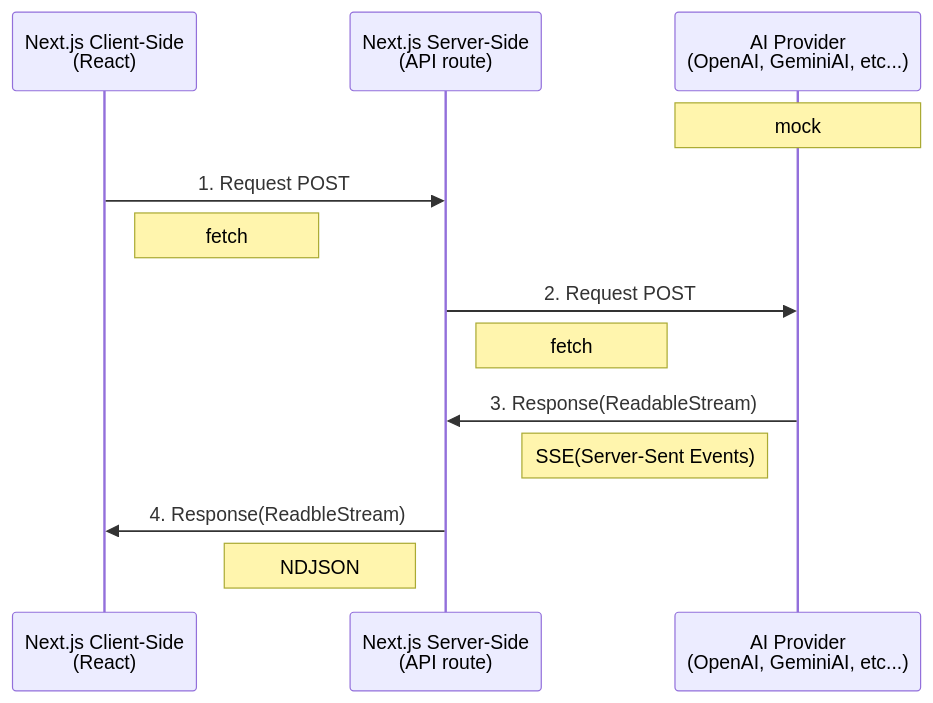
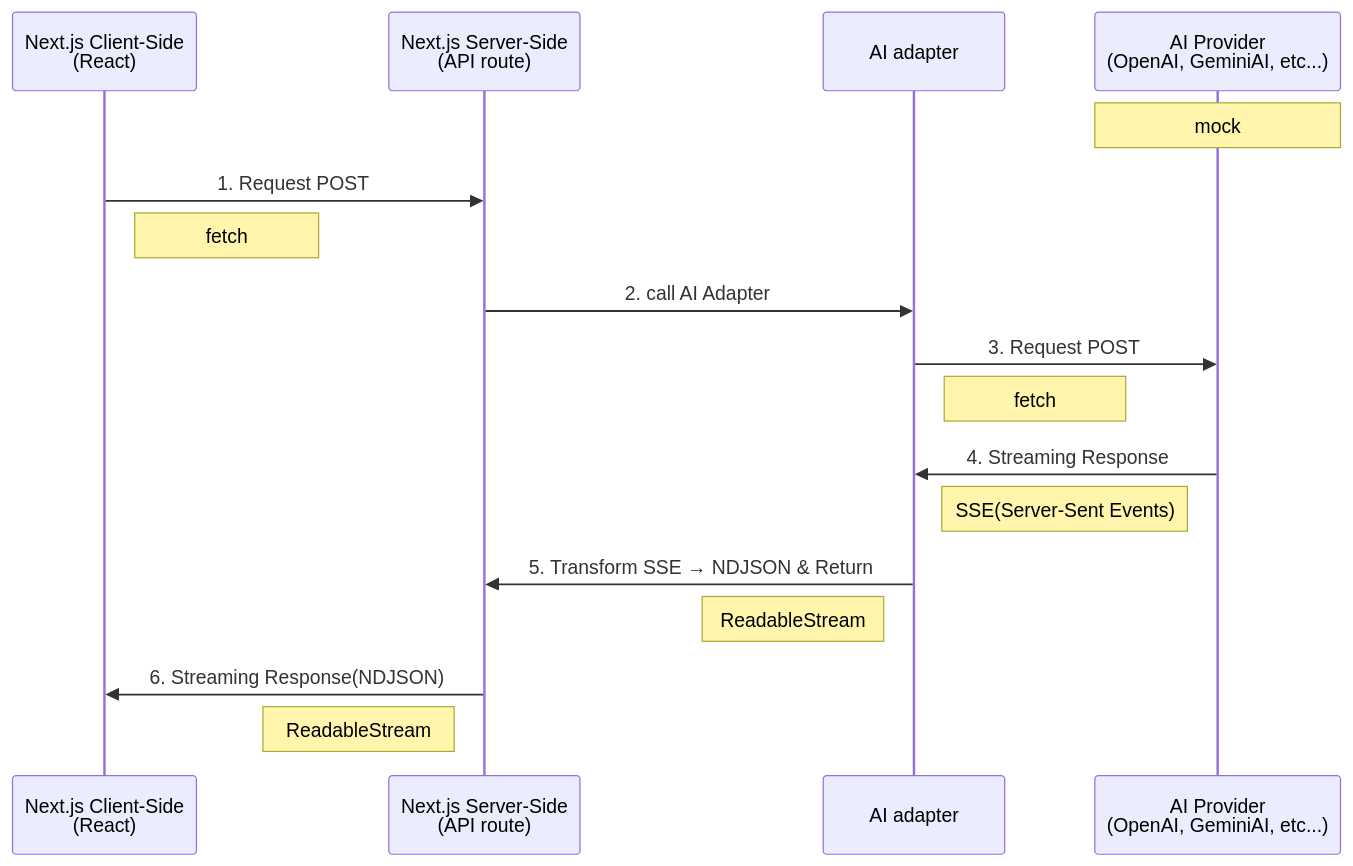
The diagram in _docs/memo.md (sudo-yoko/portfolio-nextjs), drawn with Mermaid before and after one commit.

````diff
--- a/_docs/memo.md
+++ b/_docs/memo.md
@@ -1,18 +1,27 @@
  ```mermaid
 
 sequenceDiagram
 participant C as Next.js Client-Side<br>(React)
 participant S as Next.js Server-Side<br>(API route)
+participant AD as AI adapter
 participant A as AI Provider<br>(OpenAI, GeminiAI, etc...)
 Note over A: mock
 
 C->>S: 1. Request POST
 Note right of C: fetch
-S->>A: 2. Request POST
-Note Right of S: fetch
-A->>S: 3. Response(ReadableStream)
+
+S->>AD: 2. call AI Adapter
+
+AD->>A: 3. Request POST
+Note Right of AD: fetch
+
+A->>AD: 4. Streaming Response
 Note left of A: SSE(Server-Sent Events)
-S->>C: 4. Response(ReadbleStream)
-Note left of S: NDJSON
+
+AD->>S: 5. Transform SSE → NDJSON & Return
+Note left of AD: ReadableStream
+
+S->>C: 6. Streaming Response(NDJSON)
+Note left of S: ReadableStream
 
  ```
````
